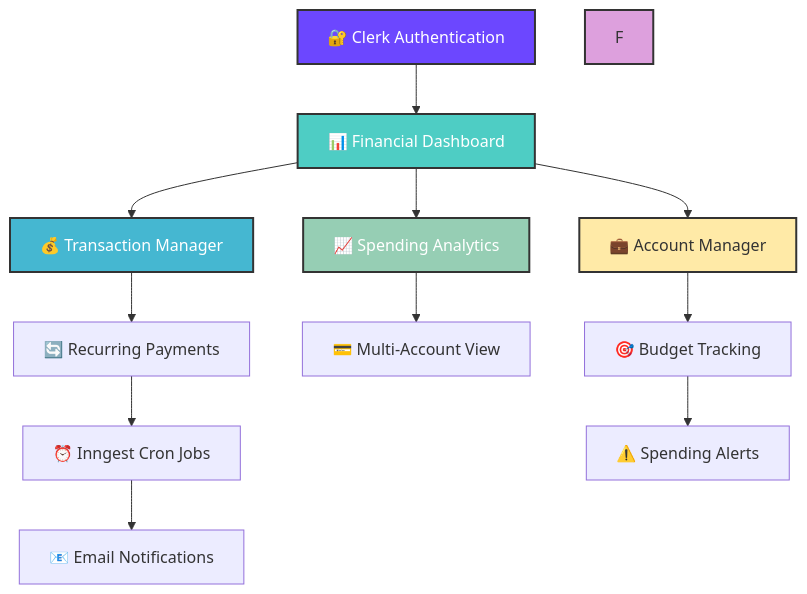
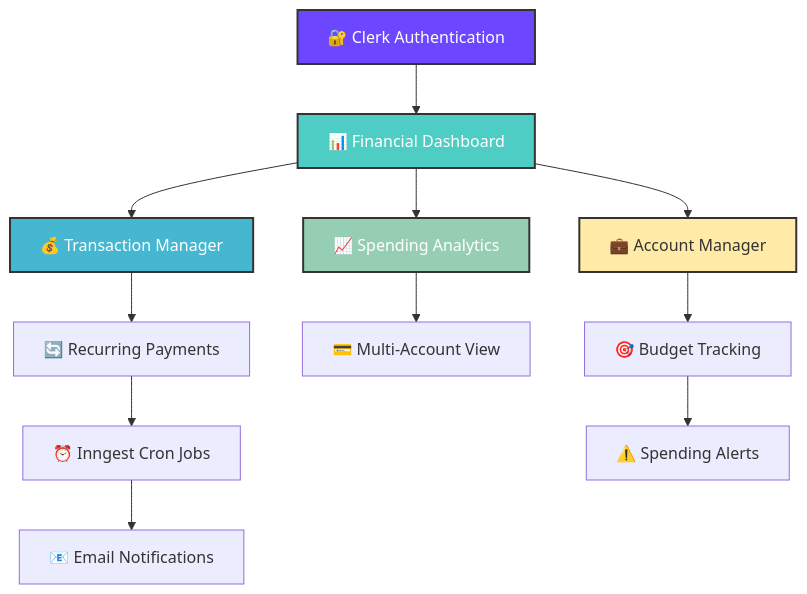
The diagram in README.md (shahbhavya7/Finexa), drawn with Mermaid before and after one commit.

````diff
--- a/README.md
+++ b/README.md
@@ -138,22 +138,21 @@
 ```mermaid
 graph TD
     A[🔐 Clerk Authentication] --> B[📊 Financial Dashboard]
     B --> C[💰 Transaction Manager]
     B --> D[📈 Spending Analytics]
     B --> E[💼 Account Manager]
     
     C --> G[🔄 Recurring Payments]
     G --> H[⏰ Inngest Cron Jobs]
     H --> I[📧 Email Notifications]
     
     D --> J[💳 Multi-Account View]
     E --> K[🎯 Budget Tracking]
     K --> L[⚠️ Spending Alerts]
     
     style A fill:#6C47FF,stroke:#333,stroke-width:2px,color:#fff
     style B fill:#4ECDC4,stroke:#333,stroke-width:2px,color:#fff
     style C fill:#45B7D1,stroke:#333,stroke-width:2px,color:#fff
     style D fill:#96CEB4,stroke:#333,stroke-width:2px,color:#fff
     style E fill:#FFEAA7,stroke:#333,stroke-width:2px,color:#333
-    style F fill:#DDA0DD,stroke:#333,stroke-width:2px,color:#333
 ```
````
